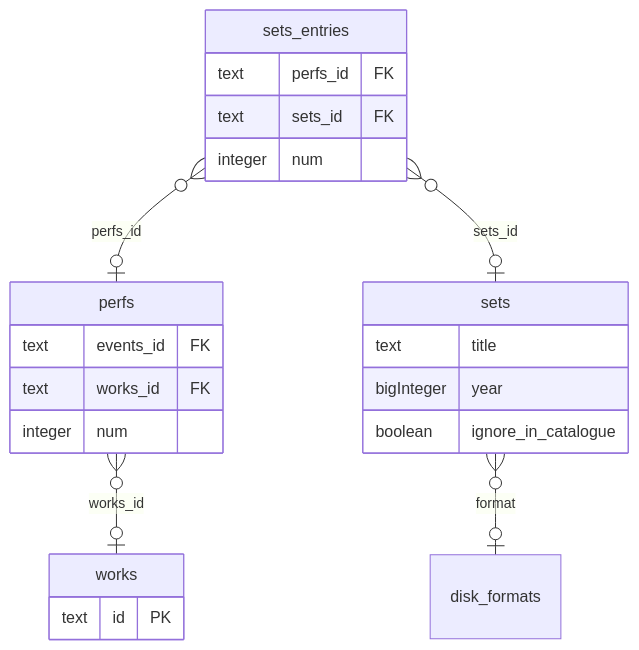
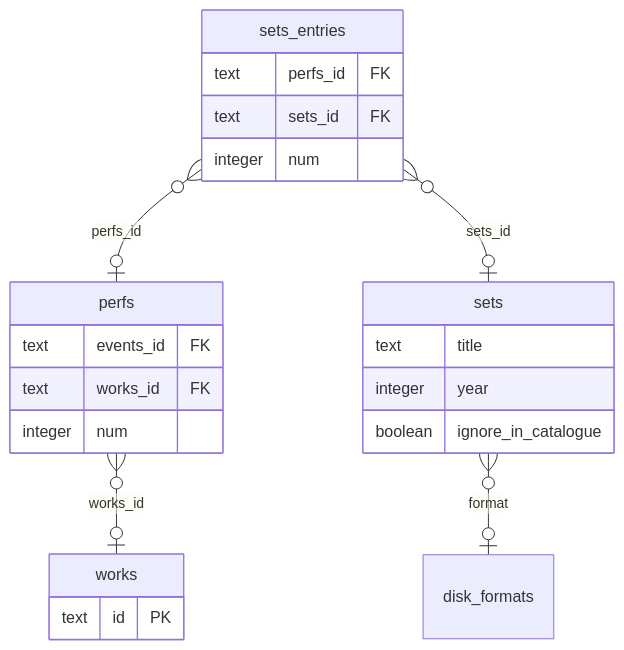
One commit to zlochevsky/shcherbakov changed the seventh of 12 diagrams in docs/directus.md. Above: the diagram before and after it, drawn with Mermaid. The commit also changed other lines of this file and 21 other files, not shown here.

Commit message:
Directus: integer years, all extensions in one place, tracklist adds by song or pinned event, Flows and permissions export, per-diagram markers keep notes

````diff
--- a/docs/directus.md
+++ b/docs/directus.md
@@ -102,25 +149,25 @@
 ```mermaid
 erDiagram
     perfs }o--o| works : "works_id"
     sets }o--o| disk_formats : "format"
     sets_entries }o--o| perfs : "perfs_id"
     sets_entries }o--o| sets : "sets_id"
     works {
         text id PK
     }
     perfs {
         text events_id FK
         text works_id FK
         integer num
     }
     sets {
         text title
-        bigInteger year
+        integer year
         boolean ignore_in_catalogue
     }
     sets_entries {
         text perfs_id FK
         text sets_id FK
         integer num
     }
 ```
````
